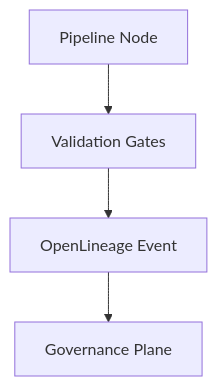
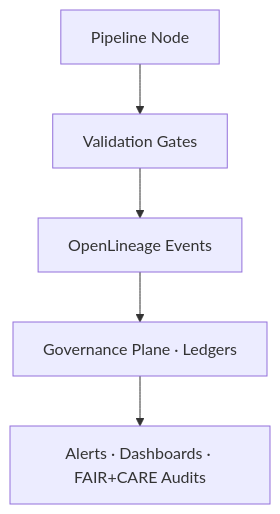
Before and after one commit to bartytime4life/Kansas-Frontier-Matrix: the second of 2 diagrams in docs/pipelines/README.md, drawn with Mermaid. The commit also changed other lines of this file, not shown here.

````diff
--- a/docs/pipelines/README.md
+++ b/docs/pipelines/README.md
@@ -218,6 +233,7 @@
 ```mermaid
 flowchart TD
     X[Pipeline Node] --> Y[Validation Gates]
-    Y --> Z[OpenLineage Event]
-    Z --> G[Governance Plane]
+    Y --> Z[OpenLineage Events]
+    Z --> G[Governance Plane · Ledgers]
+    G --> H[Alerts · Dashboards · FAIR+CARE Audits]
 ```
````
